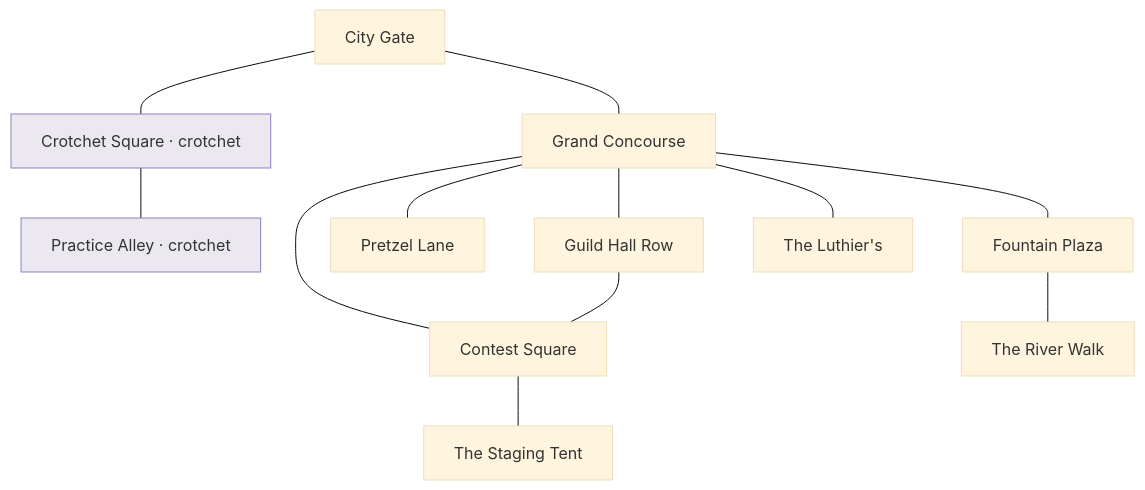
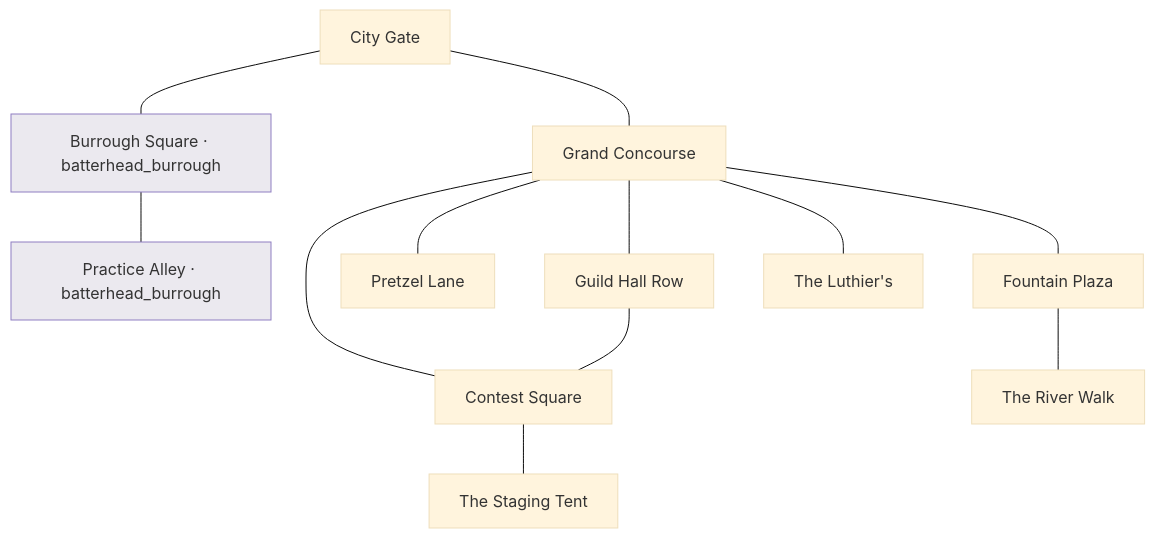
The diagram in docs/LOCATION_DESIGN_CONCERTA.md (clemonsmusic-eng/Symphonica-Band-Quest), drawn with Mermaid (base theme) before and after one commit. The commit also changed other lines of this file and 5 other files, not shown here.

First line of the commit message:
Rename Batterhead Dale → Batterhead Burrough; move Crotchet's arc to it

````diff
--- a/docs/LOCATION_DESIGN_CONCERTA.md
+++ b/docs/LOCATION_DESIGN_CONCERTA.md
@@ -30,17 +30,17 @@
 ```mermaid
 graph TD
   gate[City Gate] --- concourse[Grand Concourse]
-  gate --- crotsq["Crotchet Square · crotchet"]
-  crotsq --- crotalley["Practice Alley · crotchet"]
+  gate --- burrsq["Burrough Square · batterhead_burrough"]
+  burrsq --- burralley["Practice Alley · batterhead_burrough"]
   concourse --- fountain[Fountain Plaza]
   concourse --- pretzel[Pretzel Lane]
   concourse --- guild[Guild Hall Row]
   concourse --- luthier[The Luthier's]
   concourse --- square[Contest Square]
   guild --- square
   square --- tent[The Staging Tent]
   fountain --- river[The River Walk]
 
-  classDef crot fill:#6a5a8a22,stroke:#8f7ec2;
-  class crotsq,crotalley crot;
+  classDef burr fill:#6a5a8a22,stroke:#8f7ec2;
+  class burrsq,burralley burr;
 ```
````
